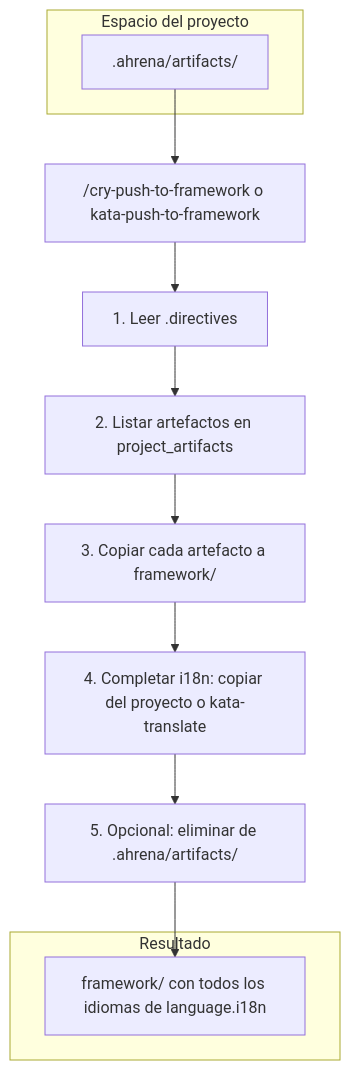
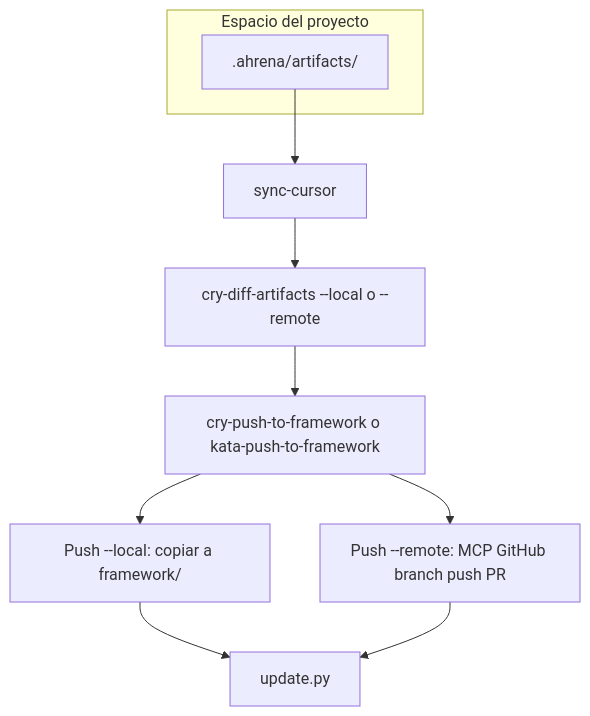
Before and after one commit to guardiatechnology/ahrena: the second of 2 diagrams in framework/es/_foundation/authoring/README.md, drawn with Mermaid. The commit also changed other lines of this file and 18 other files, not shown here.

First line of the commit message:
docs(authoring): canonical flow, push --local/--remote, kata-diff-artifacts and cry-diff-artifacts

````diff
--- a/framework/es/_foundation/authoring/README.md
+++ b/framework/es/_foundation/authoring/README.md
@@ -79,20 +85,20 @@
 ```mermaid
 flowchart TD
     subgraph origen [Espacio del proyecto]
         Art[".ahrena/artifacts/"]
     end
 
-    Inv["/cry-push-to-framework o kata-push-to-framework"]
-    P1["1. Leer .directives"]
-    P2["2. Listar artefactos en project_artifacts"]
-    P3["3. Copiar cada artefacto a framework/"]
-    P4["4. Completar i18n: copiar del proyecto o kata-translate"]
-    P5["5. Opcional: eliminar de .ahrena/artifacts/"]
+    Sync["sync-cursor"]
+    Diff["cry-diff-artifacts --local o --remote"]
+    Push["cry-push-to-framework o kata-push-to-framework"]
+    Local["Push --local: copiar a framework/"]
+    Remote["Push --remote: MCP GitHub branch push PR"]
+    Update["update.py"]
 
-    subgraph destino [Resultado]
-        FW["framework/ con todos los idiomas de language.i18n"]
-    end
-
-    Art --> Inv
-    Inv --> P1 --> P2 --> P3 --> P4 --> P5 --> FW
+    Art --> Sync --> Diff
+    Diff --> Push
+    Push --> Local
+    Push --> Remote
+    Local --> Update
+    Remote --> Update
 ```
````
